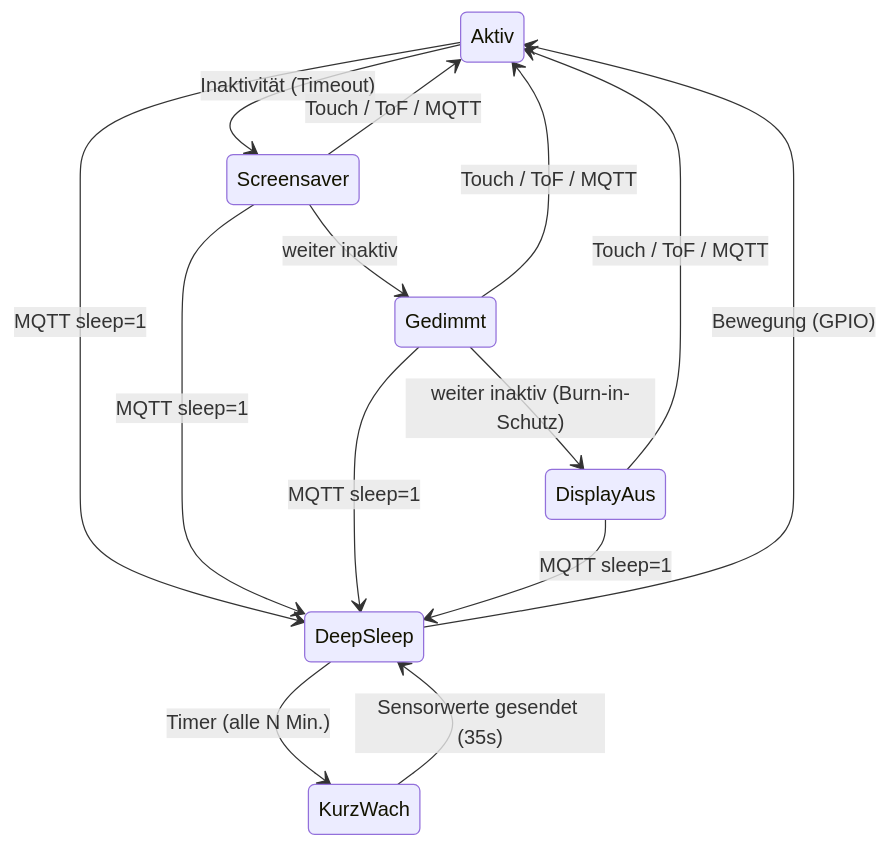
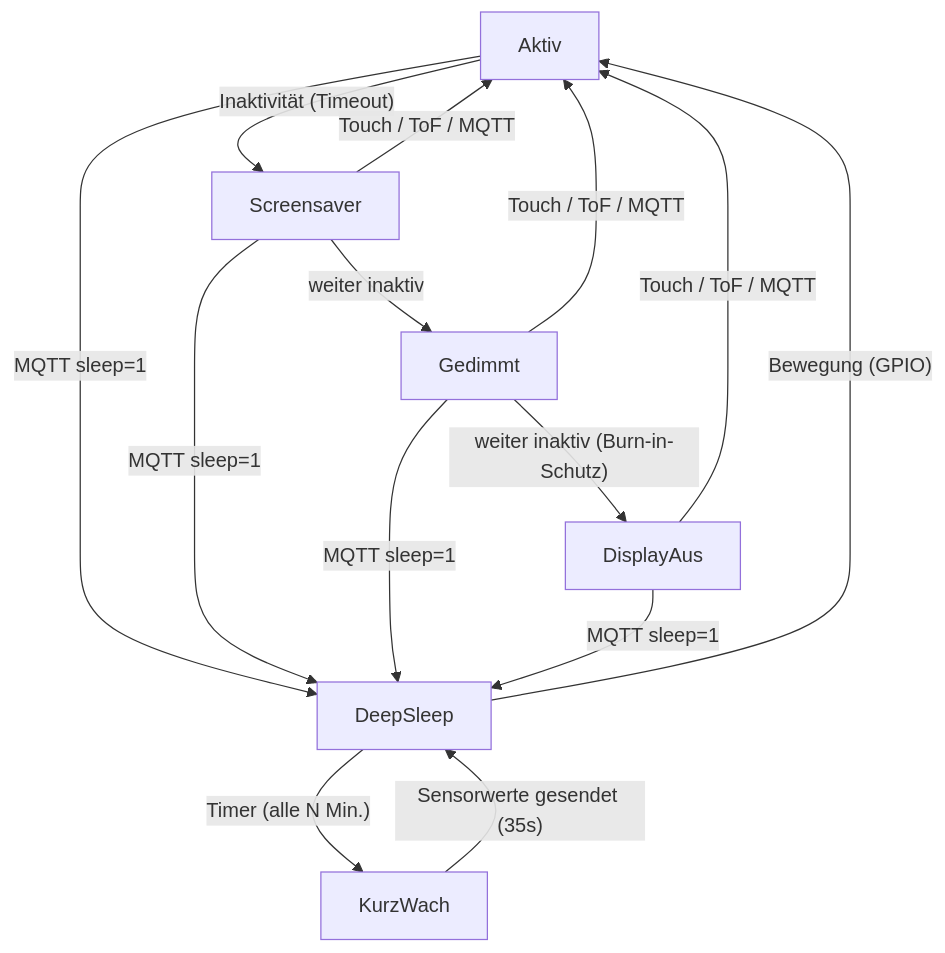
The first of 2 diagrams in README.md (Holzmusik/MiraiPanel), drawn with Mermaid before and after one commit.

Commit message:
Screensaver-Diagramm auf flowchart umgestellt (einheitlicher Stil)
stateDiagram-v2 rendert Knoten standardmaessig als scharfkantige Rechtecke,
flowchart dagegen mit abgerundeten Ecken - dadurch sahen Screensaver- und
Architektur-Diagramm bisher unterschiedlich aus. Gleicher Inhalt, jetzt
als flowchart wie das Architektur-Diagramm, damit beide denselben
Kaestchen-Stil haben.

````diff
--- a/README.md
+++ b/README.md
@@ -80,19 +80,19 @@
 ```mermaid
-stateDiagram-v2
-    Aktiv --> Screensaver: Inaktivität (Timeout)
-    Screensaver --> Gedimmt: weiter inaktiv
-    Gedimmt --> DisplayAus: weiter inaktiv (Burn-in-Schutz)
+flowchart TD
+    Aktiv -->|"Inaktivität (Timeout)"| Screensaver
+    Screensaver -->|"weiter inaktiv"| Gedimmt
+    Gedimmt -->|"weiter inaktiv (Burn-in-Schutz)"| DisplayAus
 
-    Aktiv --> DeepSleep: MQTT sleep=1
-    Screensaver --> DeepSleep: MQTT sleep=1
-    Gedimmt --> DeepSleep: MQTT sleep=1
-    DisplayAus --> DeepSleep: MQTT sleep=1
+    Aktiv -->|"MQTT sleep=1"| DeepSleep
+    Screensaver -->|"MQTT sleep=1"| DeepSleep
+    Gedimmt -->|"MQTT sleep=1"| DeepSleep
+    DisplayAus -->|"MQTT sleep=1"| DeepSleep
 
-    DeepSleep --> KurzWach: Timer (alle N Min.)
-    KurzWach --> DeepSleep: Sensorwerte gesendet (35s)
-    DeepSleep --> Aktiv: Bewegung (GPIO)
+    DeepSleep -->|"Timer (alle N Min.)"| KurzWach
+    KurzWach -->|"Sensorwerte gesendet (35s)"| DeepSleep
+    DeepSleep -->|"Bewegung (GPIO)"| Aktiv
 
-    Screensaver --> Aktiv: Touch / ToF / MQTT
-    Gedimmt --> Aktiv: Touch / ToF / MQTT
-    DisplayAus --> Aktiv: Touch / ToF / MQTT
+    Screensaver -->|"Touch / ToF / MQTT"| Aktiv
+    Gedimmt -->|"Touch / ToF / MQTT"| Aktiv
+    DisplayAus -->|"Touch / ToF / MQTT"| Aktiv
 ```
````
